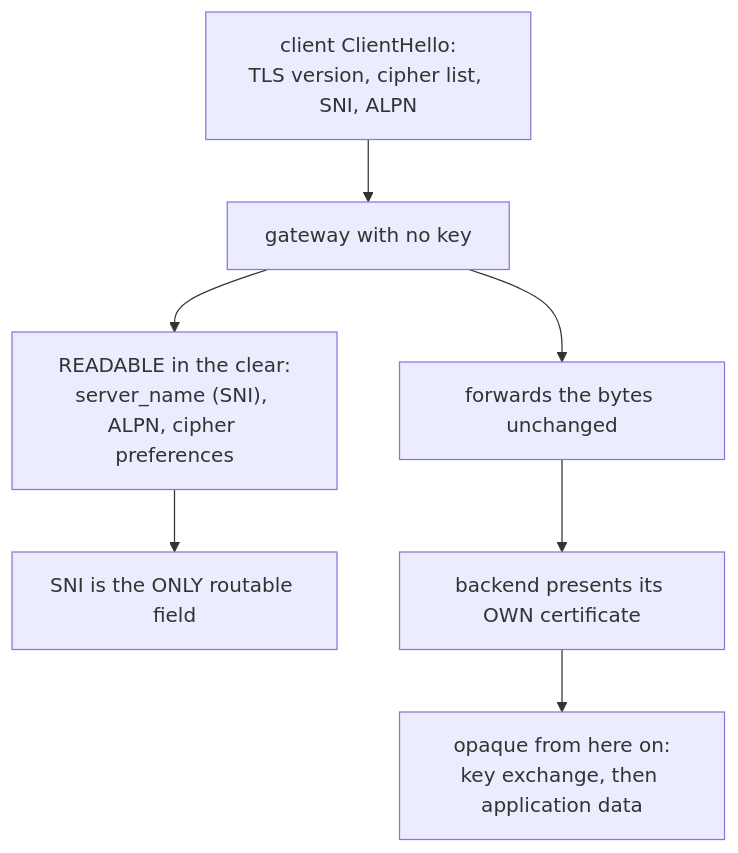
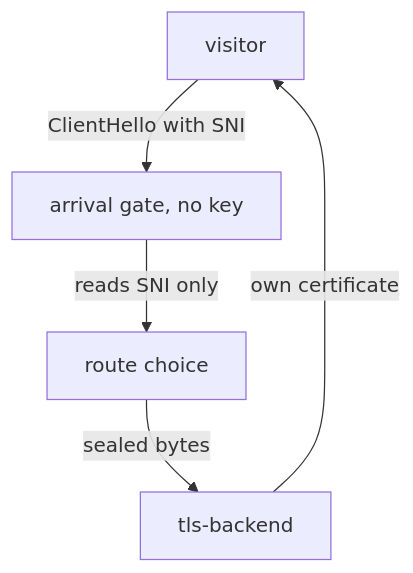
The diagram in sections/section-040/module-03/course-01-what-a-proxy-can-see.md (astrona-io/ATS015), drawn with Mermaid before and after one commit. The commit also changed other lines of this file and 60 other files, not shown here.

````diff
--- a/sections/section-040/module-03/course-01-what-a-proxy-can-see.md
+++ b/sections/section-040/module-03/course-01-what-a-proxy-can-see.md
@@ -9,9 +28,7 @@
 ```mermaid
-flowchart TD
-    C["client ClientHello:<br/>TLS version, cipher list, SNI, ALPN"] --> G["gateway with no key"]
-    G --> R["READABLE in the clear:<br/>server_name (SNI), ALPN, cipher preferences"]
-    R --> N["SNI is the ONLY routable field"]
-    G --> F["forwards the bytes unchanged"]
-    F --> B["backend presents its OWN certificate"]
-    B --> O["opaque from here on:<br/>key exchange, then application data"]
+flowchart TB
+    C["visitor"] -->|"ClientHello with SNI"| G["arrival gate, no key"]
+    G -->|"reads SNI only"| D["route choice"]
+    D -->|"sealed bytes"| V["tls-backend"]
+    V -->|"own certificate"| C
 ```
````
